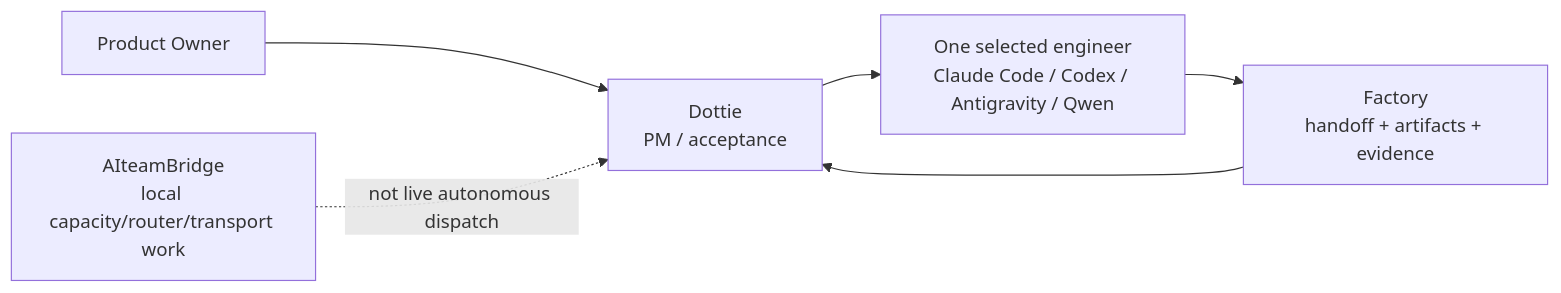
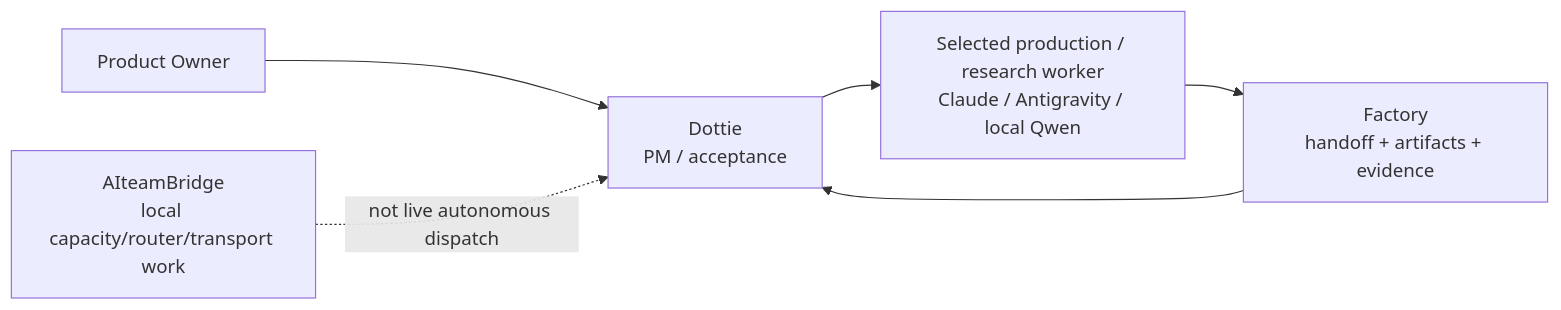
Before and after one commit to moruku36/multi-ai-workflow: the diagram in README.md, drawn with Mermaid. The commit also changed other lines of this file and 11 other files, not shown here.

Commit message:
docs: broaden Claude and Antigravity work allocation with bounded Codex escalation

````diff
--- a/README.md
+++ b/README.md
@@ -28,8 +28,8 @@
 ```mermaid
 flowchart LR
     U["Product Owner"] --> D["Dottie<br/>PM / acceptance"]
-    D --> A["One selected engineer<br/>Claude Code / Codex / Antigravity / Qwen"]
+    D --> A["Selected production / research worker<br/>Claude / Antigravity / local Qwen"]
     A --> F["Factory<br/>handoff + artifacts + evidence"]
     F --> D
     B["AIteamBridge<br/>local capacity/router/transport work"] -. "not live autonomous dispatch" .-> D
 ```
````
